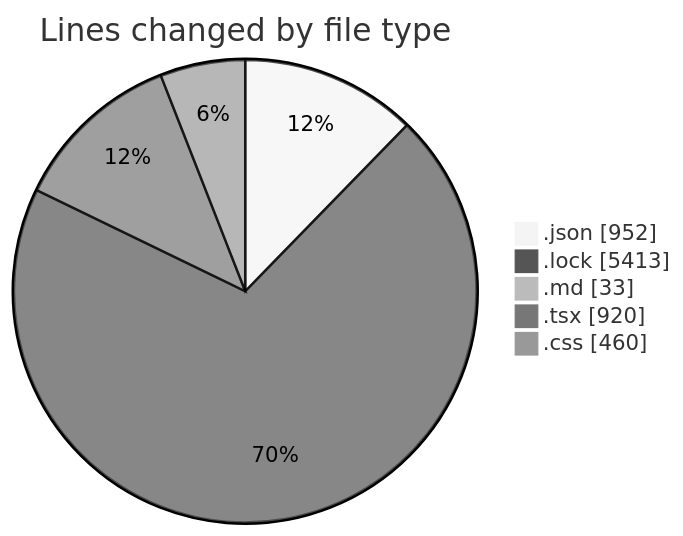
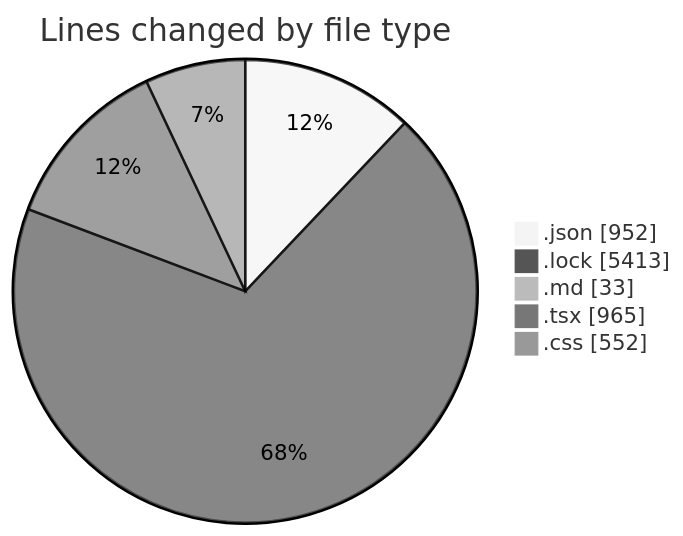
Before and after one commit to EIIisD/code-tracking: the first of 2 diagrams in 2025-08-11/ribbon/README.md, drawn with Mermaid (neutral theme). The commit also changed other lines of this file and 1 other file, not shown here.

````diff
--- a/2025-08-11/ribbon/README.md
+++ b/2025-08-11/ribbon/README.md
@@ -37,9 +37,9 @@
 ```mermaid
 pie showData
 title Lines changed by file type
 ".json" : 952
 ".lock" : 5413
 ".md" : 33
-".tsx" : 920
-".css" : 460
+".tsx" : 965
+".css" : 552
 ```
````
